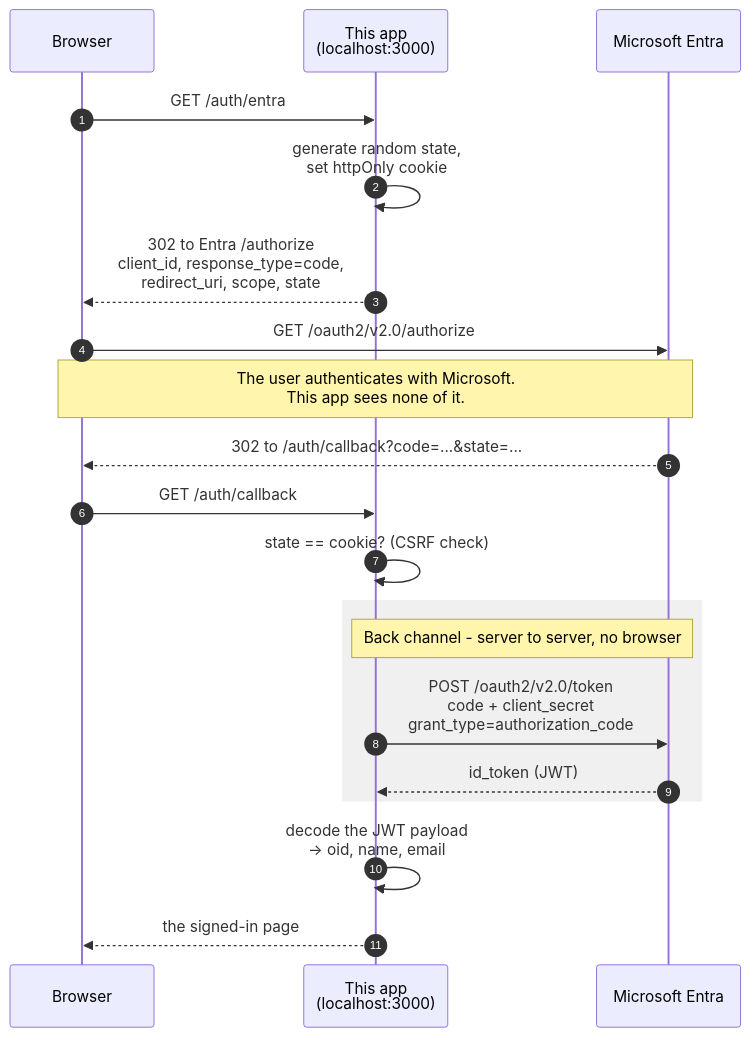
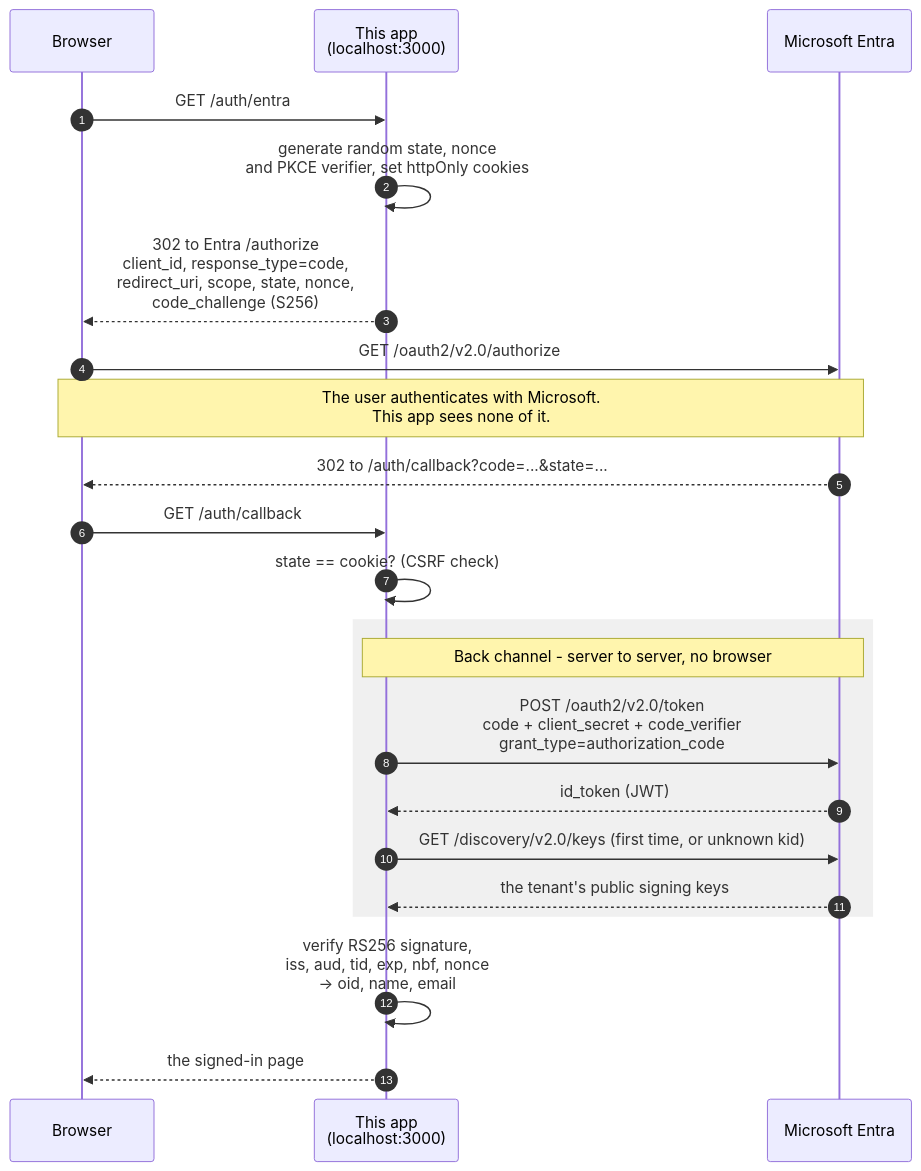
The diagram in entra-node-login-demo/README.md (hmcts/service-hmcts-springboot-demo), drawn with Mermaid before and after one commit. The commit also changed other lines of this file and 5 other files, not shown here.

First line of the commit message:
AMP-1284 Add PKCE, nonce and ID token validation to entra-node-login-demo

````diff
--- a/entra-node-login-demo/README.md
+++ b/entra-node-login-demo/README.md
@@ -78,27 +81,29 @@
 ```mermaid
 sequenceDiagram
     autonumber
     participant B as Browser
     participant A as This app<br/>(localhost:3000)
     participant E as Microsoft Entra
 
     B->>A: GET /auth/entra
-    A->>A: generate random state,<br/>set httpOnly cookie
-    A-->>B: 302 to Entra /authorize<br/>client_id, response_type=code,<br/>redirect_uri, scope, state
+    A->>A: generate random state, nonce<br/>and PKCE verifier, set httpOnly cookies
+    A-->>B: 302 to Entra /authorize<br/>client_id, response_type=code,<br/>redirect_uri, scope, state, nonce,<br/>code_challenge (S256)
 
     B->>E: GET /oauth2/v2.0/authorize
     Note over B,E: The user authenticates with Microsoft.<br/>This app sees none of it.
     E-->>B: 302 to /auth/callback?code=...&state=...
 
     B->>A: GET /auth/callback
     A->>A: state == cookie? (CSRF check)
 
     rect rgba(128,128,128,0.12)
     Note over A,E: Back channel - server to server, no browser
-    A->>E: POST /oauth2/v2.0/token<br/>code + client_secret<br/>grant_type=authorization_code
+    A->>E: POST /oauth2/v2.0/token<br/>code + client_secret + code_verifier<br/>grant_type=authorization_code
     E-->>A: id_token (JWT)
+    A->>E: GET /discovery/v2.0/keys (first time, or unknown kid)
+    E-->>A: the tenant's public signing keys
     end
 
-    A->>A: decode the JWT payload<br/>-> oid, name, email
+    A->>A: verify RS256 signature,<br/>iss, aud, tid, exp, nbf, nonce<br/>-> oid, name, email
     A-->>B: the signed-in page
 ```
````
